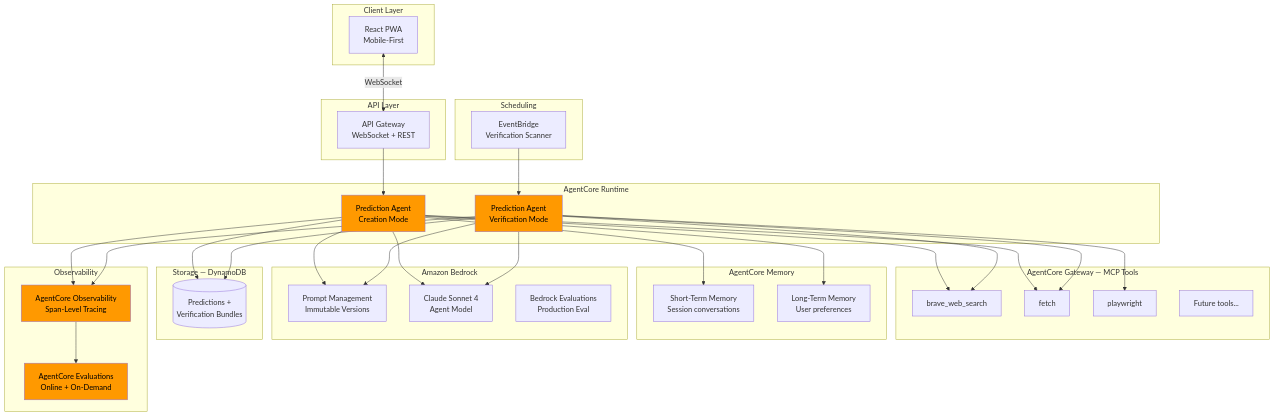
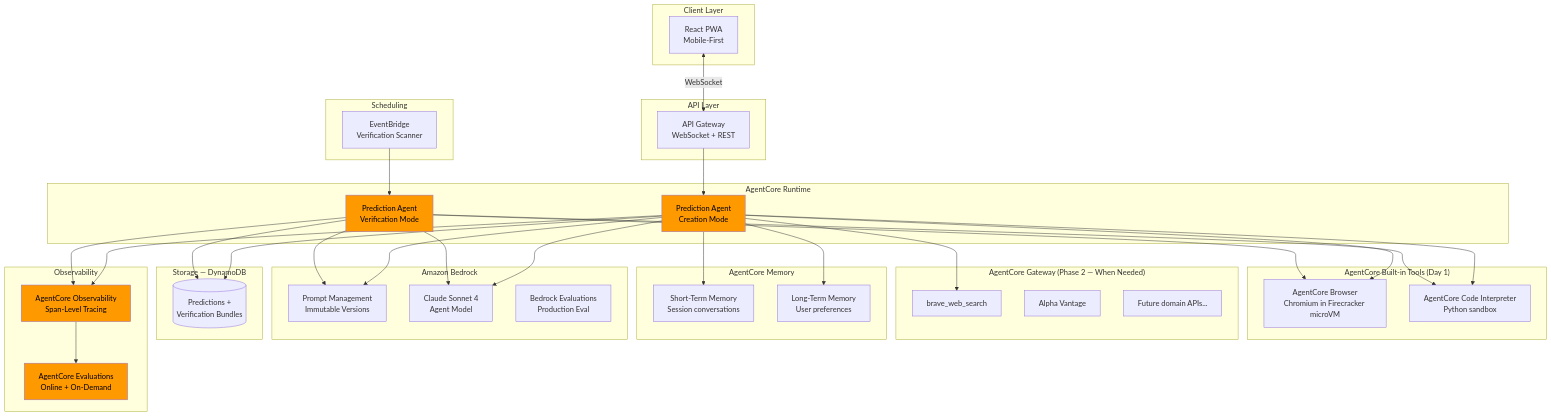
Before and after one commit to dimafarer/calledit: the first of 11 diagrams in docs/project-updates/v4-agentcore-architecture.md, drawn with Mermaid. The commit also changed other lines of this file and 21 other files, not shown here.

First line of the commit message:
V4-1: AgentCore Foundation complete — scaffold, entrypoint, tests, dev server validated

````diff
--- a/docs/project-updates/v4-agentcore-architecture.md
+++ b/docs/project-updates/v4-agentcore-architecture.md
@@ -40,71 +40,75 @@
 ```mermaid
 graph TB
     subgraph "Client Layer"
         FE[React PWA<br/>Mobile-First]
     end
 
     subgraph "API Layer"
         APIGW[API Gateway<br/>WebSocket + REST]
     end
 
     subgraph "AgentCore Runtime"
         PA[Prediction Agent<br/>Creation Mode]
         VA[Prediction Agent<br/>Verification Mode]
     end
 
-    subgraph "AgentCore Gateway — MCP Tools"
+    subgraph "AgentCore Built-in Tools (Day 1)"
+        BROWSER[AgentCore Browser<br/>Chromium in Firecracker microVM]
+        CODE[AgentCore Code Interpreter<br/>Python sandbox]
+    end
+
+    subgraph "AgentCore Gateway (Phase 2 — When Needed)"
         BV[brave_web_search]
-        FT[fetch]
-        PW[playwright]
-        FUTURE[Future tools...]
+        ALPHA[Alpha Vantage]
+        FUTURE[Future domain APIs...]
     end
 
     subgraph "AgentCore Memory"
         STM[Short-Term Memory<br/>Session conversations]
         LTM[Long-Term Memory<br/>User preferences]
     end
 
     subgraph "Amazon Bedrock"
         PM[Prompt Management<br/>Immutable Versions]
         SO[Claude Sonnet 4<br/>Agent Model]
         BE[Bedrock Evaluations<br/>Production Eval]
     end
 
     subgraph "Storage — DynamoDB"
         DB[(Predictions +<br/>Verification Bundles)]
     end
 
     subgraph "Scheduling"
         EB[EventBridge<br/>Verification Scanner]
     end
 
     subgraph "Observability"
         ACO[AgentCore Observability<br/>Span-Level Tracing]
         ACE[AgentCore Evaluations<br/>Online + On-Demand]
     end
 
     FE <-->|WebSocket| APIGW
     APIGW --> PA
+    PA --> BROWSER
+    PA --> CODE
+    VA --> BROWSER
+    VA --> CODE
     EB --> VA
     PA --> BV
-    PA --> FT
-    VA --> BV
-    VA --> FT
-    VA --> PW
     PA --> STM
     PA --> LTM
     PA --> PM
     PA --> SO
     VA --> PM
     VA --> SO
     PA --> DB
     VA --> DB
     PA --> ACO
     VA --> ACO
     ACO --> ACE
 
     style PA fill:#ff9900,color:#000
     style VA fill:#ff9900,color:#000
     style ACO fill:#ff9900,color:#000
     style ACE fill:#ff9900,color:#000
 ```
````
